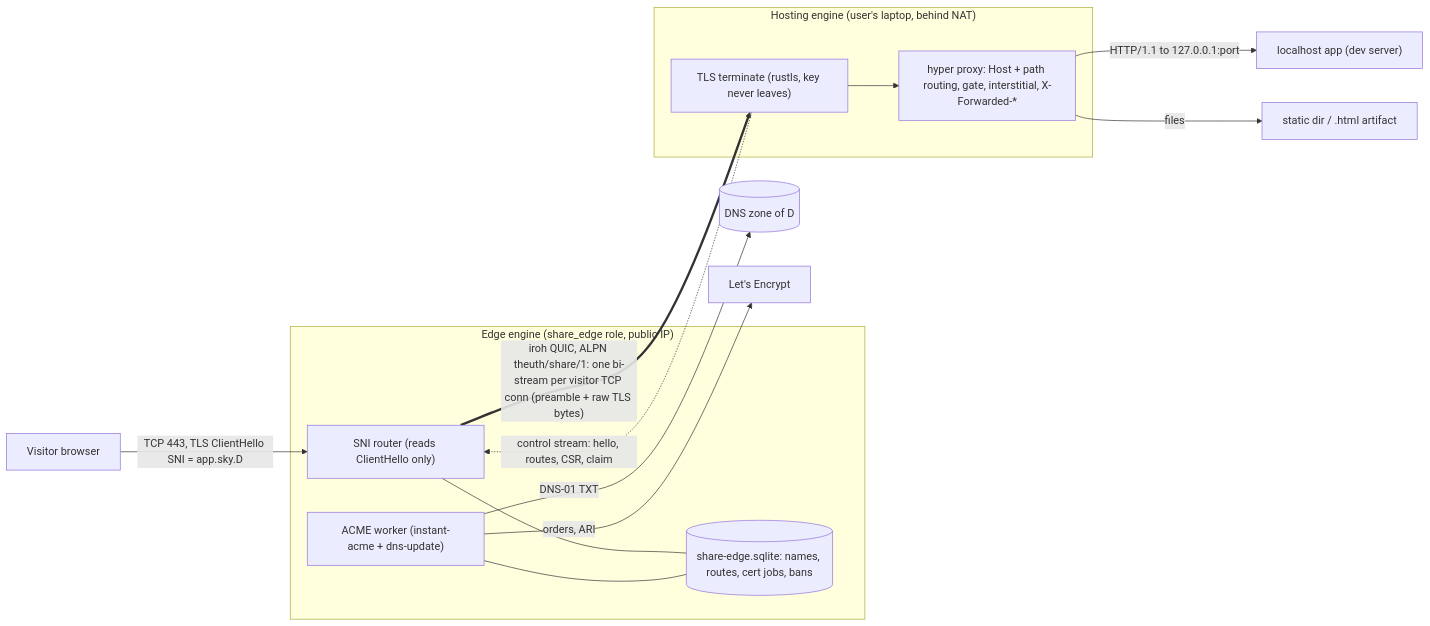
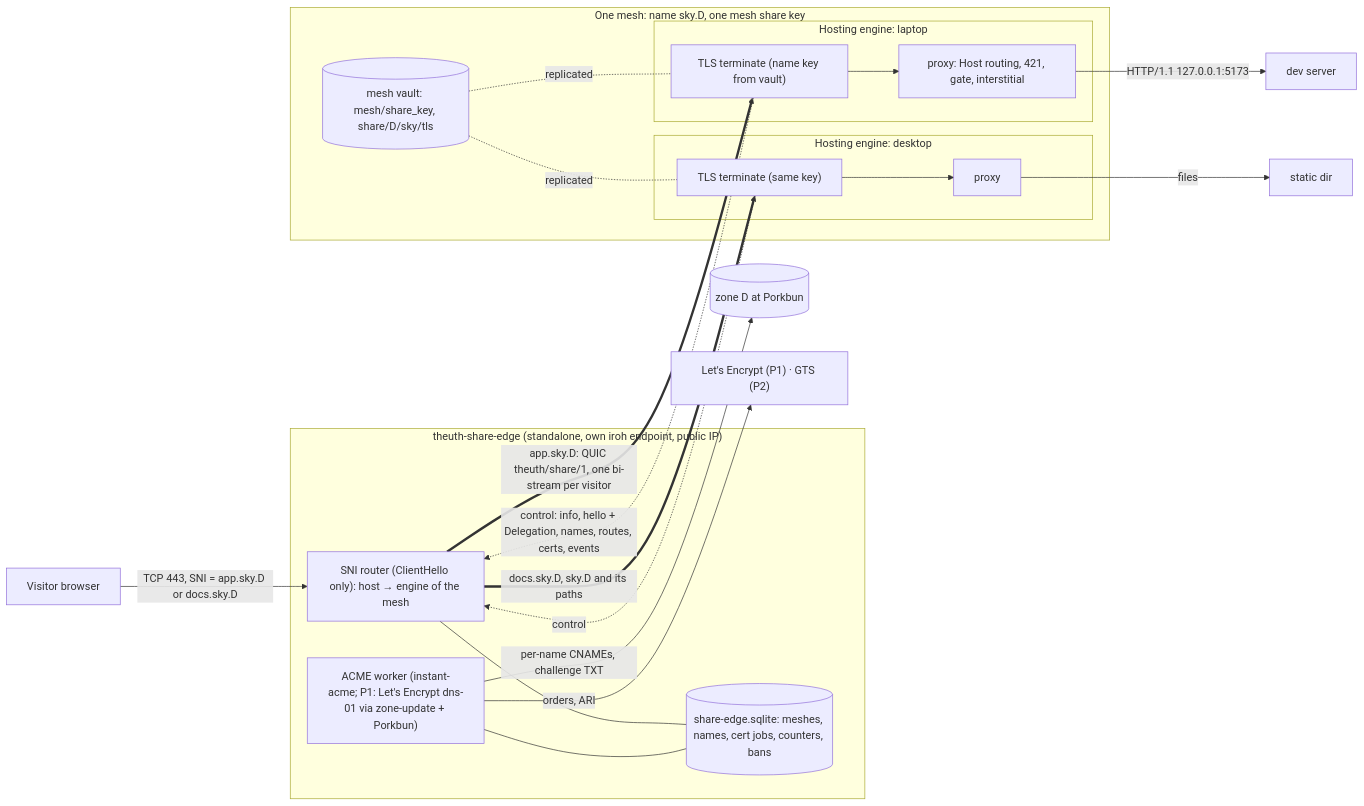
The first of 2 diagrams in docs/design/210-public-share.md (BaseDatum/Theuth), drawn with Mermaid before and after one commit. The commit also changed other lines of this file and 3 other files, not shown here.

````diff
--- a/docs/design/210-public-share.md
+++ b/docs/design/210-public-share.md
@@ -114,22 +114,30 @@
 ```mermaid
 flowchart LR
-  V["Visitor browser"] -- "TCP 443, TLS ClientHello SNI = app.sky.D" --> E
-  subgraph EdgeNode["Edge engine (share_edge role, public IP)"]
-    E["SNI router (reads ClientHello only)"]
-    R[("share-edge.sqlite: names, routes, cert jobs, bans")]
-    A["ACME worker (instant-acme + dns-update)"]
+  V["Visitor browser"] -- "TCP 443, SNI = app.sky.D or docs.sky.D" --> E
+  subgraph EdgeNode["theuth-share-edge (standalone, own iroh endpoint, public IP)"]
+    E["SNI router (ClientHello only): host → engine of the mesh"]
+    R[("share-edge.sqlite: meshes, names, cert jobs, counters, bans")]
+    A["ACME worker (instant-acme; P1: Let's Encrypt dns-01 via zone-update + Porkbun)"]
     E --- R
     A --- R
   end
-  A -- "DNS-01 TXT" --> DNS[("DNS zone of D")]
-  A -- "orders, ARI" --> LE["Let's Encrypt"]
-  E == "iroh QUIC, ALPN theuth/share/1: one bi-stream per visitor TCP conn (preamble + raw TLS bytes)" ==> H
-  subgraph HostNode["Hosting engine (user's laptop, behind NAT)"]
-    H["TLS terminate (rustls, key never leaves)"]
-    P["hyper proxy: Host + path routing, gate, interstitial, X-Forwarded-*"]
-    H --> P
+  A -- "per-name CNAMEs, challenge TXT" --> DNS[("zone D at Porkbun")]
+  A -- "orders, ARI" --> CA["Let's Encrypt (P1) · GTS (P2)"]
+  E == "app.sky.D: QUIC theuth/share/1, one bi-stream per visitor" ==> H1
+  E == "docs.sky.D, sky.D and its paths" ==> H2
+  subgraph Mesh["One mesh: name sky.D, one mesh share key"]
+    subgraph Laptop["Hosting engine: laptop"]
+      H1["TLS terminate (name key from vault)"] --> P1["proxy: Host routing, 421, gate, interstitial"]
+    end
+    subgraph Desktop["Hosting engine: desktop"]
+      H2["TLS terminate (same key)"] --> P2["proxy"]
+    end
+    VA[("mesh vault: mesh/share_key, share/D/sky/tls")]
+    VA -. "replicated" .- H1
+    VA -. "replicated" .- H2
   end
-  P -- "HTTP/1.1 to 127.0.0.1:port" --> L["localhost app (dev server)"]
-  P -- "files" --> S["static dir / .html artifact"]
-  H -. "control stream: hello, routes, CSR, claim" .-> E
+  P1 -- "HTTP/1.1 127.0.0.1:5173" --> L1["dev server"]
+  P2 -- "files" --> S2["static dir"]
+  H1 -. "control: info, hello + Delegation, names, routes, certs, events" .-> E
+  H2 -. "control" .-> E
 ```
````
